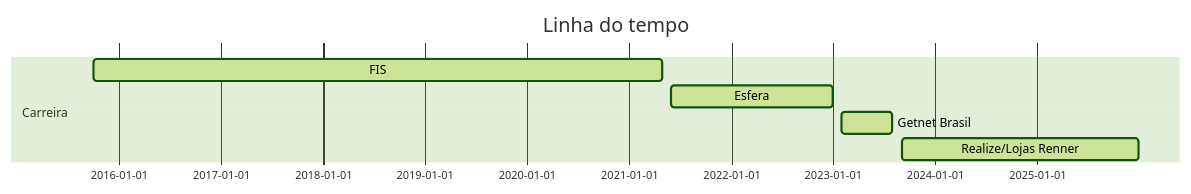
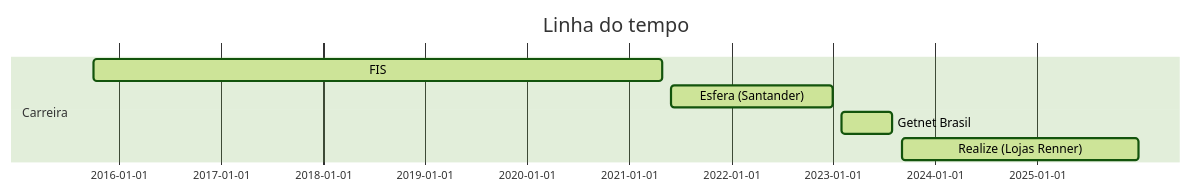
Before and after one commit to GabrielCNN/GabrielCNN: the diagram in README.md, drawn with Mermaid (forest theme).

Commit message:
Update README.md
Updating about my jobs

````diff
--- a/README.md
+++ b/README.md
@@ -5,14 +5,14 @@
 ```mermaid
 
 gantt
 dateFormat  YYYY-MM-DD
 title Linha do tempo
 
 section Carreira
 FIS                   :active,, 2015-10-01,2021-05-01
-Esfera                :active,, 2021-06-01,2023-01-01
+Esfera (Santander)               :active,, 2021-06-01,2023-01-01
 Getnet Brasil         :active,, 2023-02-01,2023-08-01
-Realize/Lojas Renner  :active,, 2023-09-04,2025-12-31
+Realize (Lojas Renner)  :active,, 2023-09-04,2025-12-31
 
 
 ```
````
